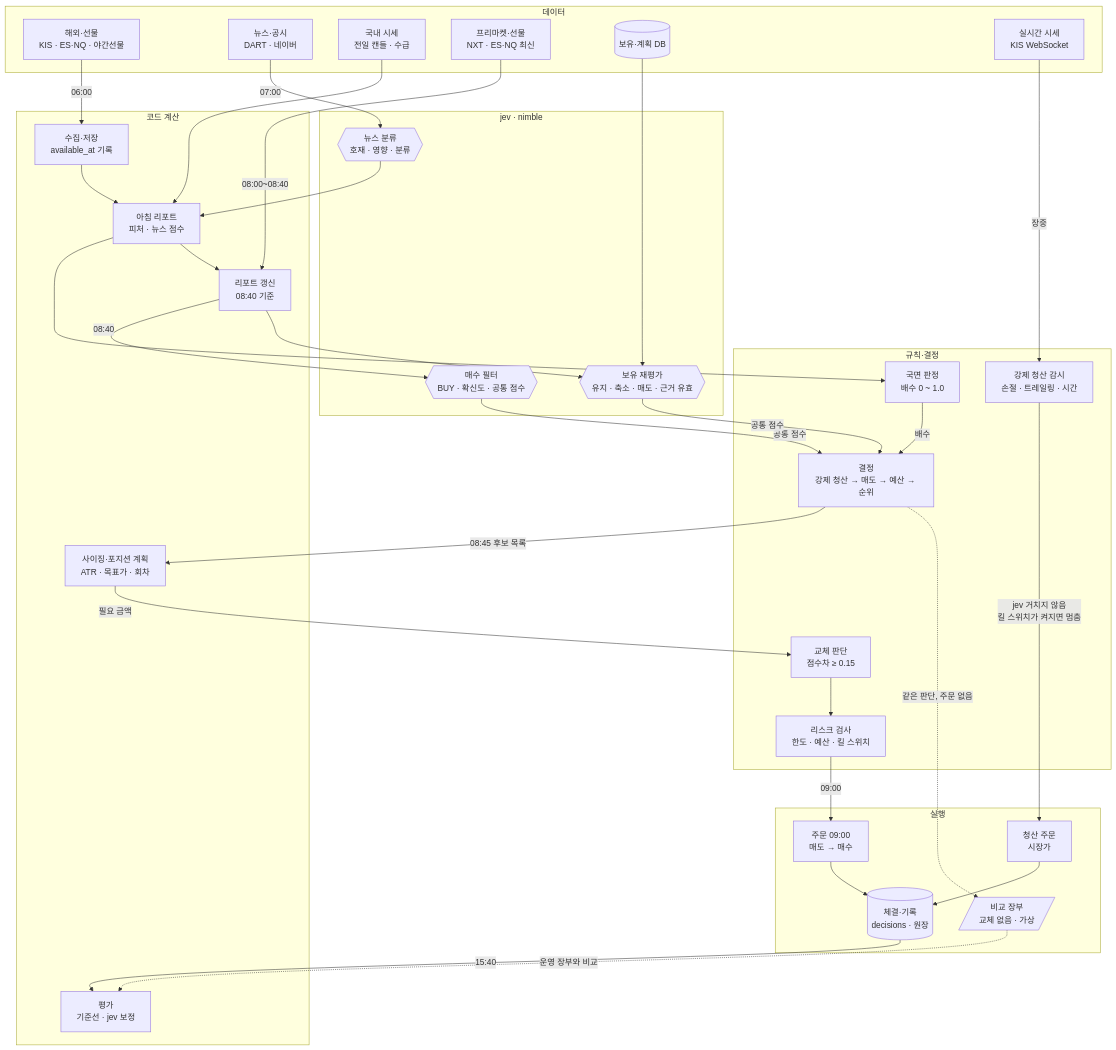
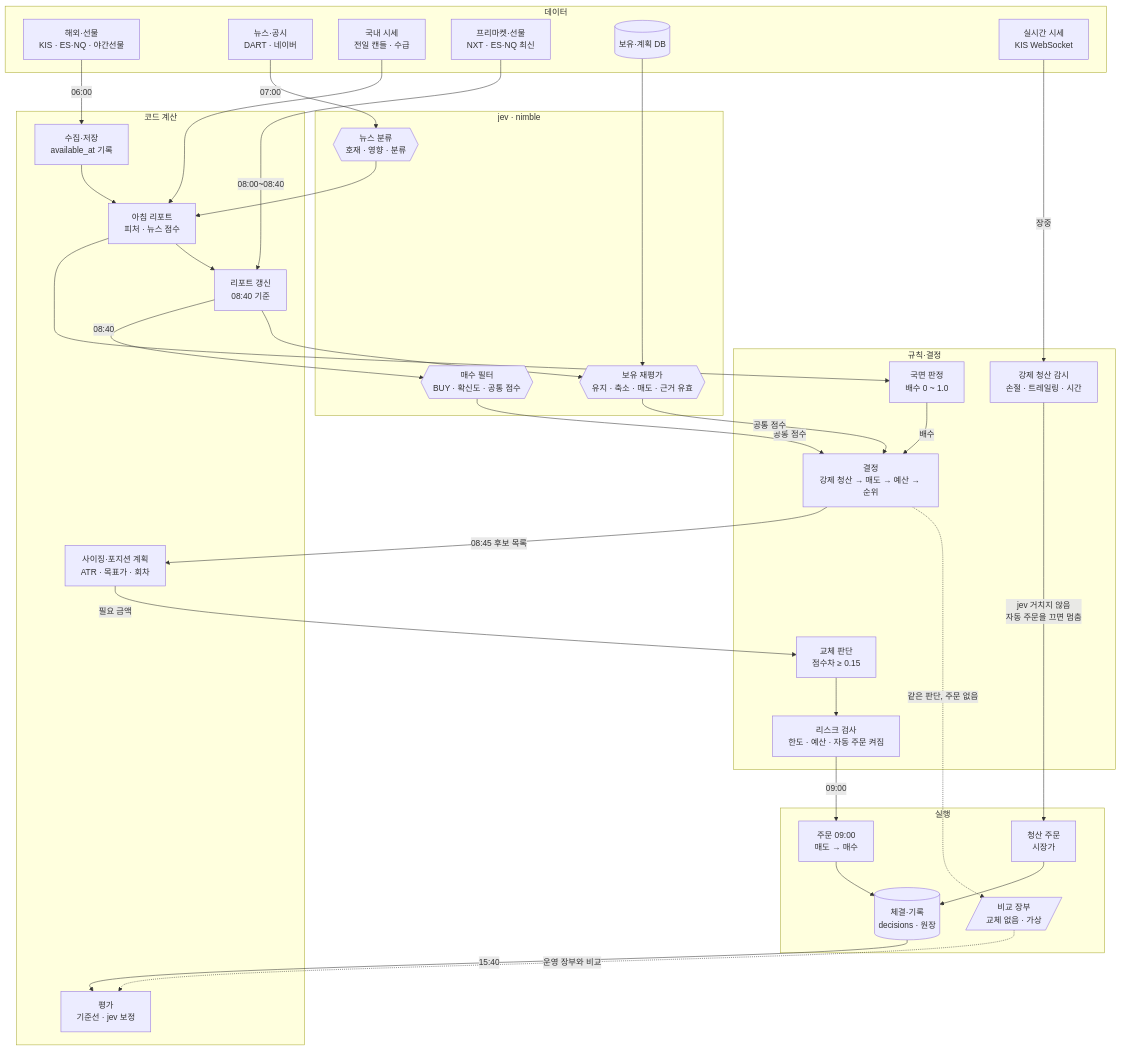
The diagram in docs/planning/strategy.md (loading1031/stock), drawn with Mermaid before and after one commit. The commit also changed other lines of this file and 5 other files, not shown here.

````diff
--- a/docs/planning/strategy.md
+++ b/docs/planning/strategy.md
@@ -12,56 +12,56 @@
 ```mermaid
 flowchart TB
     subgraph DATA[데이터]
         D1[해외·선물<br/>KIS · ES·NQ · 야간선물]
         D2[뉴스·공시<br/>DART · 네이버]
         D3[국내 시세<br/>전일 캔들 · 수급]
         D4[프리마켓·선물<br/>NXT · ES·NQ 최신]
         D5[(보유·계획 DB)]
         D6[실시간 시세<br/>KIS WebSocket]
     end
     subgraph CODE[코드 계산]
         C1[수집·저장<br/>available_at 기록]
         C2[아침 리포트<br/>피처 · 뉴스 점수]
         C3[리포트 갱신<br/>08:40 기준]
         C4[사이징·포지션 계획<br/>ATR · 목표가 · 회차]
         C5[평가<br/>기준선 · jev 보정]
     end
     subgraph JEV[jev · nimble]
         J1{{뉴스 분류<br/>호재 · 영향 · 분류}}
         J2{{매수 필터<br/>BUY · 확신도 · 공통 점수}}
         J3{{보유 재평가<br/>유지 · 축소 · 매도 · 근거 유효}}
     end
     subgraph RULE[규칙·결정]
         R1[국면 판정<br/>배수 0 ~ 1.0]
         R2[결정<br/>강제 청산 → 매도 → 예산 → 순위]
-        R3[리스크 검사<br/>한도 · 예산 · 킬 스위치]
+        R3[리스크 검사<br/>한도 · 예산 · 자동 주문 켜짐]
         R4[강제 청산 감시<br/>손절 · 트레일링 · 시간]
         R5[교체 판단<br/>점수차 ≥ 0.15]
     end
     subgraph EXEC[실행]
         E1[주문 09:00<br/>매도 → 매수]
         E2[청산 주문<br/>시장가]
         E3[(체결·기록<br/>decisions · 원장)]
         E4[/비교 장부<br/>교체 없음 · 가상/]
     end
 
     D1 -->|06:00| C1 --> C2
     D2 -->|07:00| J1 --> C2
     D3 --> C2
     C2 --> R1
     C2 --> C3
     D4 -->|08:00~08:40| C3
     C3 -->|08:40| J2
     C3 --> J3
     D5 --> J3
     J2 -->|공통 점수| R2
     J3 -->|공통 점수| R2
     R1 -->|배수| R2
     R2 -->|08:45 후보 목록| C4 -->|필요 금액| R5 --> R3 -->|09:00| E1
     R2 -.->|같은 판단, 주문 없음| E4
     E4 -.->|운영 장부와 비교| C5
-    D6 -->|장중| R4 -->|jev 거치지 않음<br/>킬 스위치가 켜지면 멈춤| E2
+    D6 -->|장중| R4 -->|jev 거치지 않음<br/>자동 주문을 끄면 멈춤| E2
     E1 --> E3
     E2 --> E3
     E3 -->|15:40| C5
 ```
````
